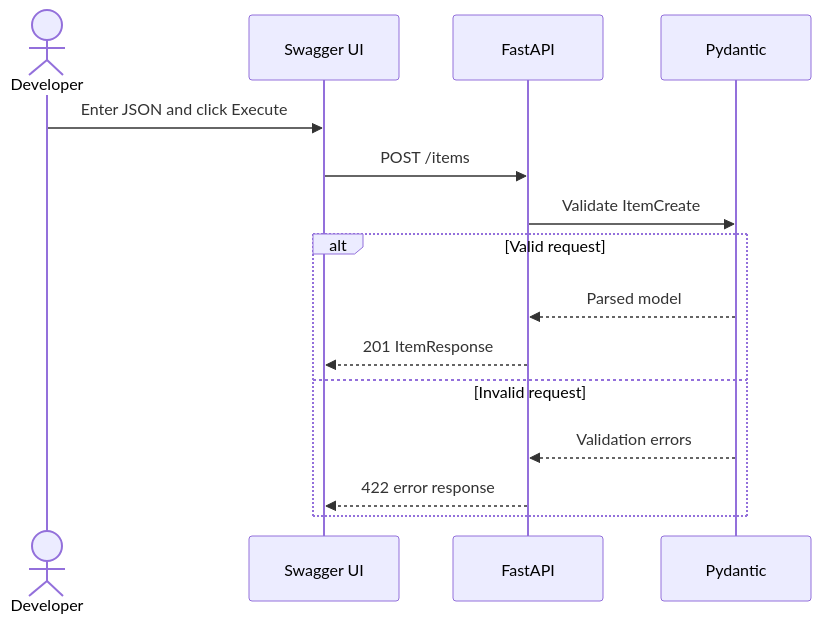
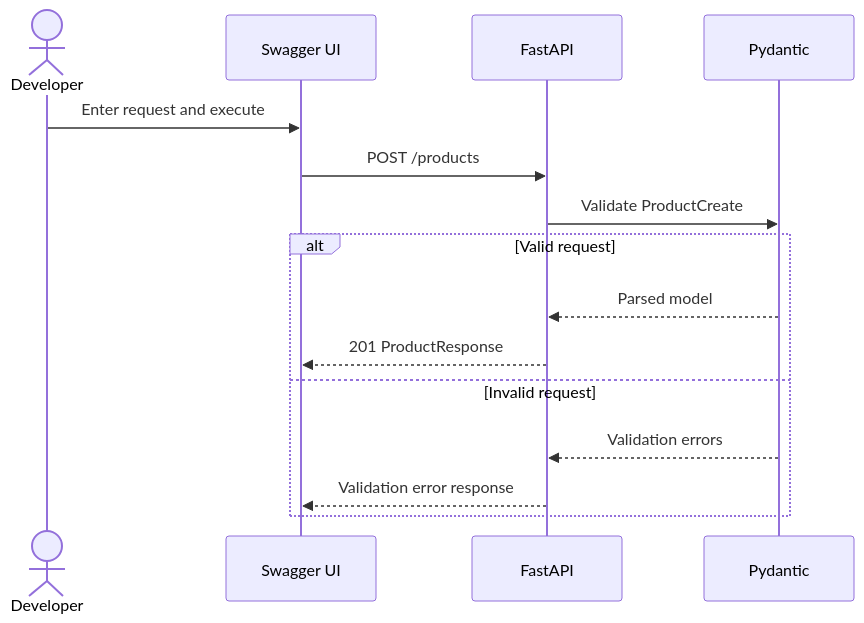
Before and after one commit to AvadhBhalodiya/Interview-Preparation: the third of 7 diagrams in src/content/fastapi/openapi-swagger-docs.md, drawn with Mermaid. The commit also changed other lines of this file and 80 other files, not shown here.

````diff
--- a/src/content/fastapi/openapi-swagger-docs.md
+++ b/src/content/fastapi/openapi-swagger-docs.md
@@ -243,18 +280,19 @@
 ```mermaid
 sequenceDiagram
     actor Developer
     participant Swagger as Swagger UI
     participant API as FastAPI
-    participant Validator as Pydantic
+    participant Pydantic as Pydantic
 
-    Developer->>Swagger: Enter JSON and click Execute
-    Swagger->>API: POST /items
-    API->>Validator: Validate ItemCreate
+    Developer->>Swagger: Enter request and execute
+    Swagger->>API: POST /products
+    API->>Pydantic: Validate ProductCreate
+
     alt Valid request
-        Validator-->>API: Parsed model
-        API-->>Swagger: 201 ItemResponse
+        Pydantic-->>API: Parsed model
+        API-->>Swagger: 201 ProductResponse
     else Invalid request
-        Validator-->>API: Validation errors
-        API-->>Swagger: 422 error response
+        Pydantic-->>API: Validation errors
+        API-->>Swagger: Validation error response
     end
 ```
````
